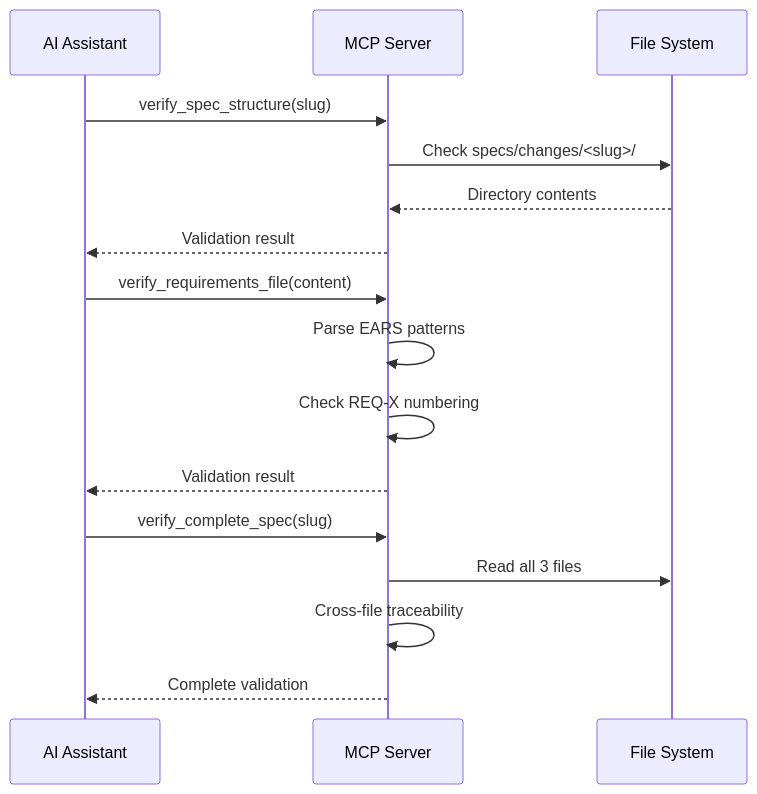
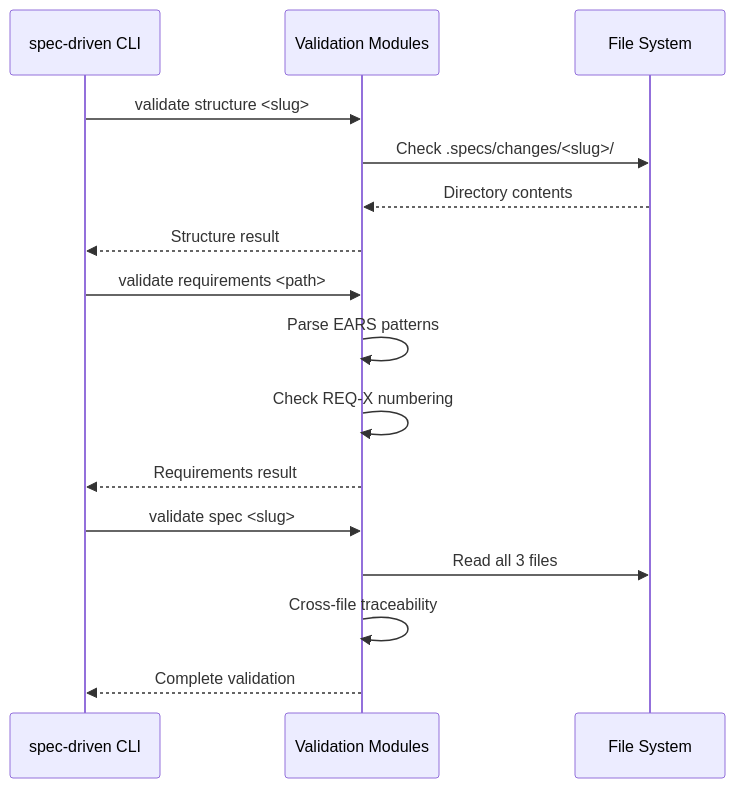
Before and after one commit to lindoelio/spec-driven-steroids: the fifth of 8 diagrams in ARCHITECTURE.md, drawn with Mermaid. The commit also changed other lines of this file and 83 other files, not shown here.

First line of the commit message:
refactor!: remove MCP validation server, simplify contextual-stewardship to tier2-only

````diff
--- a/ARCHITECTURE.md
+++ b/ARCHITECTURE.md
@@ -150,21 +196,21 @@
 ```mermaid
 sequenceDiagram
-    participant AI as AI Assistant
-    participant MCP as MCP Server
+    participant CLI as spec-driven CLI
+    participant Val as Validation Modules
     participant FS as File System
 
-    AI->>MCP: verify_spec_structure(slug)
-    MCP->>FS: Check specs/changes/<slug>/
-    FS-->>MCP: Directory contents
-    MCP-->>AI: Validation result
+    CLI->>Val: validate structure <slug>
+    Val->>FS: Check .specs/changes/<slug>/
+    FS-->>Val: Directory contents
+    Val-->>CLI: Structure result
 
-    AI->>MCP: verify_requirements_file(content)
-    MCP->>MCP: Parse EARS patterns
-    MCP->>MCP: Check REQ-X numbering
-    MCP-->>AI: Validation result
+    CLI->>Val: validate requirements <path>
+    Val->>Val: Parse EARS patterns
+    Val->>Val: Check REQ-X numbering
+    Val-->>CLI: Requirements result
 
-    AI->>MCP: verify_complete_spec(slug)
-    MCP->>FS: Read all 3 files
-    MCP->>MCP: Cross-file traceability
-    MCP-->>AI: Complete validation
+    CLI->>Val: validate spec <slug>
+    Val->>FS: Read all 3 files
+    Val->>Val: Cross-file traceability
+    Val-->>CLI: Complete validation
 ```
````
